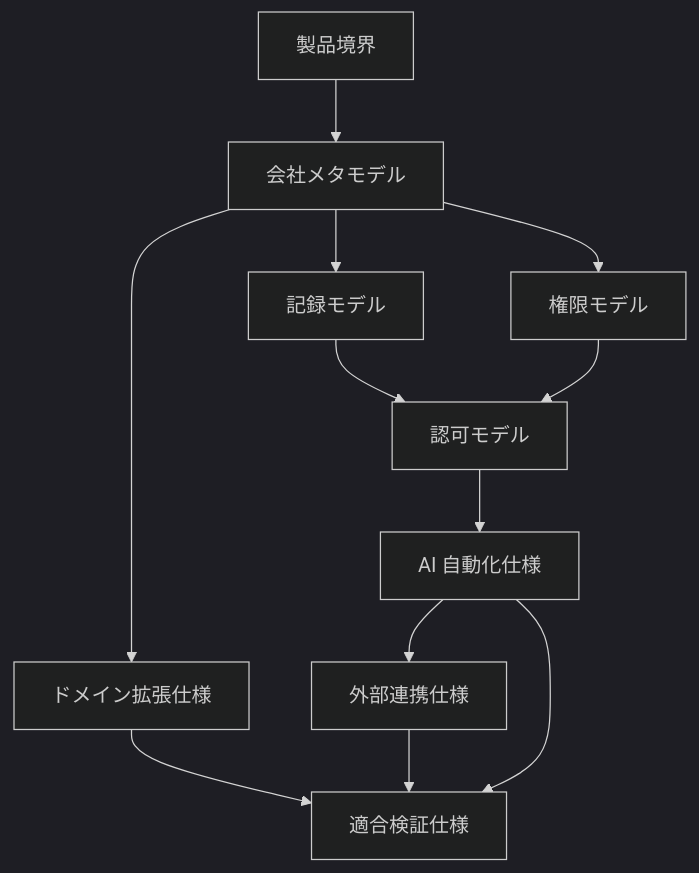
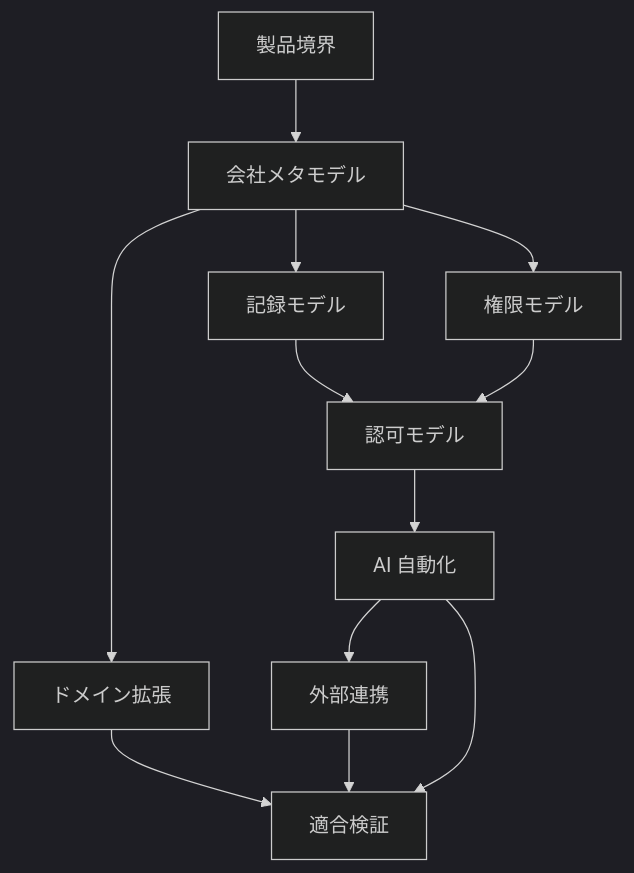
The diagram in .docs/index.md (interactive-inc/open-bedrock), drawn with Mermaid (dark theme) before and after one commit. The commit also changed other lines of this file and 106 other files, not shown here.

````diff
--- a/.docs/index.md
+++ b/.docs/index.md
@@ -41,14 +34,14 @@
 ```mermaid
 flowchart TD
-  Boundary["製品境界"] --> Model["会社メタモデル"]
-  Model --> Records["記録モデル"]
-  Model --> Authority["権限モデル"]
-  Model --> Extension["ドメイン拡張仕様"]
+  Boundary["製品境界"] --> Company["会社メタモデル"]
+  Company --> Records["記録モデル"]
+  Company --> Authority["権限モデル"]
+  Company --> Extension["ドメイン拡張"]
   Records --> Authorization["認可モデル"]
   Authority --> Authorization
-  Authorization --> Automation["AI 自動化仕様"]
-  Automation --> Integration["外部連携仕様"]
-  Extension --> Verification["適合検証仕様"]
+  Authorization --> Automation["AI 自動化"]
+  Automation --> Integration["外部連携"]
+  Extension --> Verification["適合検証"]
   Integration --> Verification
   Automation --> Verification
 ```
````
